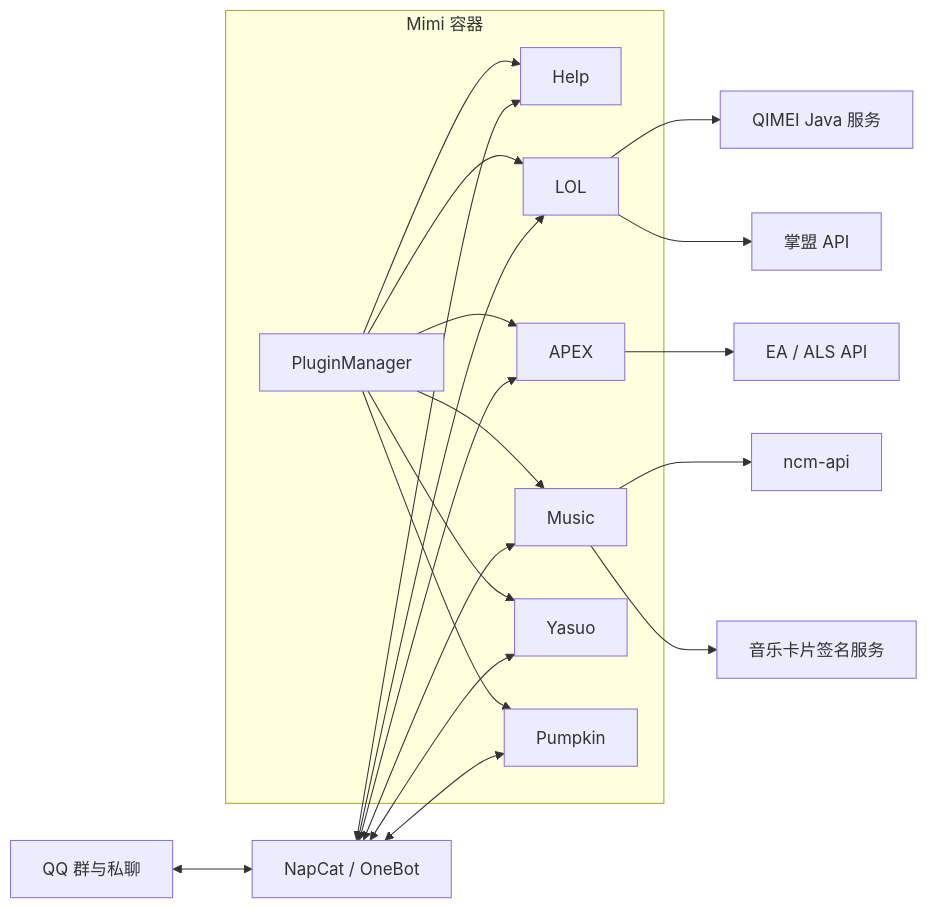
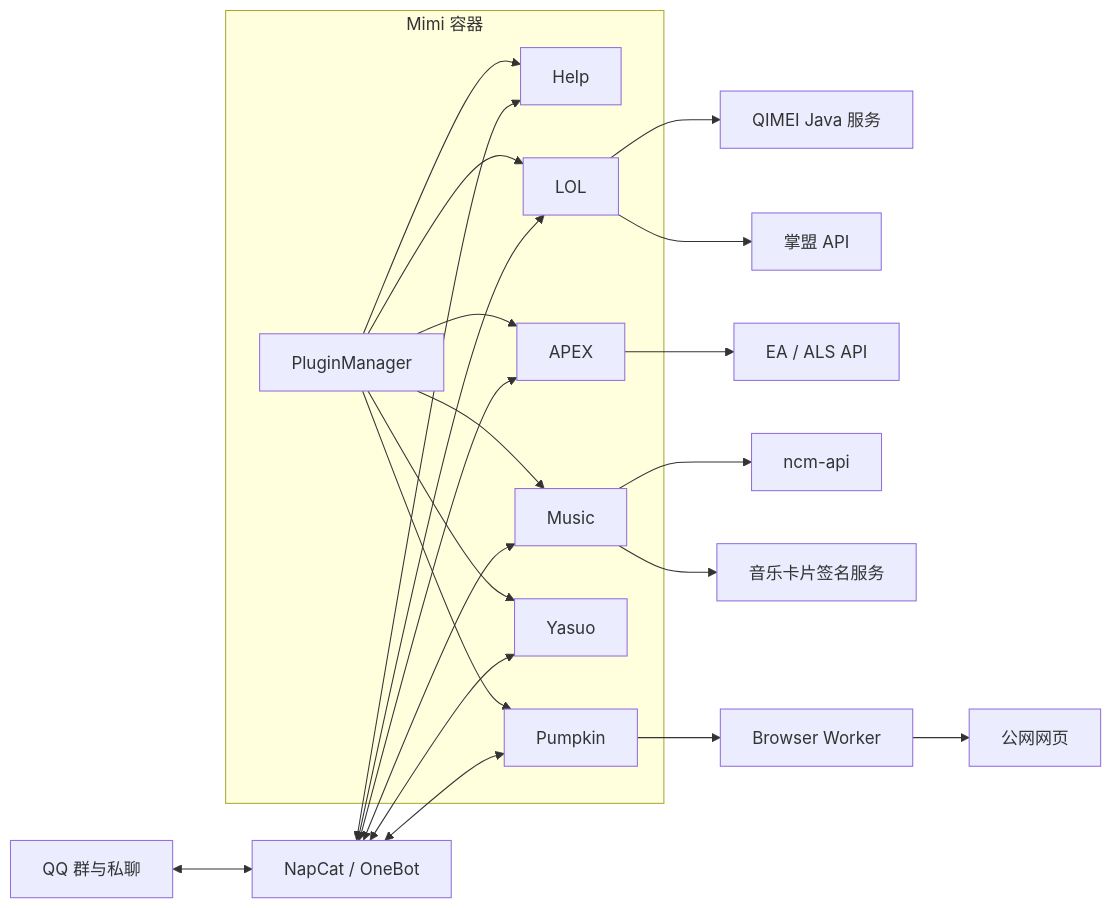
Before and after one commit to leiyi2000/mimi: the diagram in ARCHITECTURE.md, drawn with Mermaid. The commit also changed other lines of this file and 42 other files, not shown here.

Commit message:
feat(pumpkin): add hardened web and browser agents

````diff
--- a/ARCHITECTURE.md
+++ b/ARCHITECTURE.md
@@ -16,33 +16,35 @@
 ```mermaid
 flowchart LR
     QQ[QQ 群与私聊] <--> NC[NapCat / OneBot]
 
     subgraph M[Mimi 容器]
         PM[PluginManager]
         HELP[Help]
         LOL[LOL]
         APEX[APEX]
         MUSIC[Music]
         YASUO[Yasuo]
         PUMPKIN[Pumpkin]
         PM --> HELP
         PM --> LOL
         PM --> APEX
         PM --> MUSIC
         PM --> YASUO
         PM --> PUMPKIN
     end
 
     NC <--> HELP
     NC <--> LOL
     NC <--> APEX
     NC <--> MUSIC
     NC <--> YASUO
     NC <--> PUMPKIN
 
     LOL --> QIMEI[QIMEI Java 服务]
     LOL --> MLOL[掌盟 API]
     APEX --> EA[EA / ALS API]
     MUSIC --> NCM[ncm-api]
     MUSIC --> SIGN[音乐卡片签名服务]
+    PUMPKIN --> BW[Browser Worker]
+    BW --> WEB[公网网页]
 ```
````
